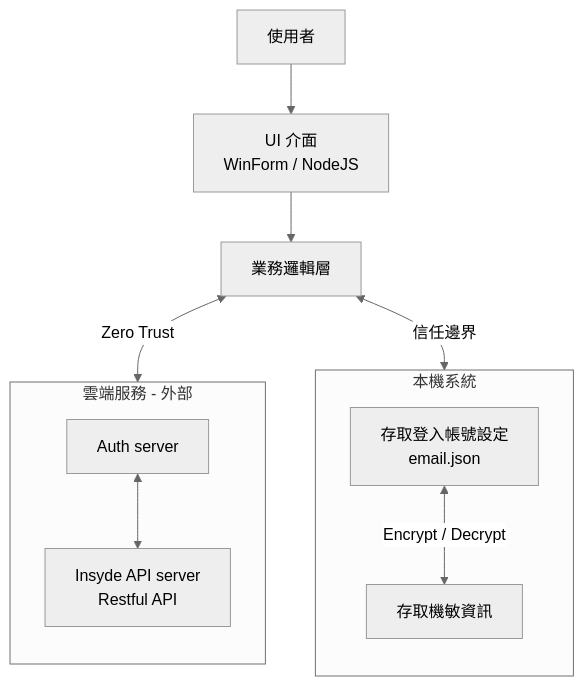
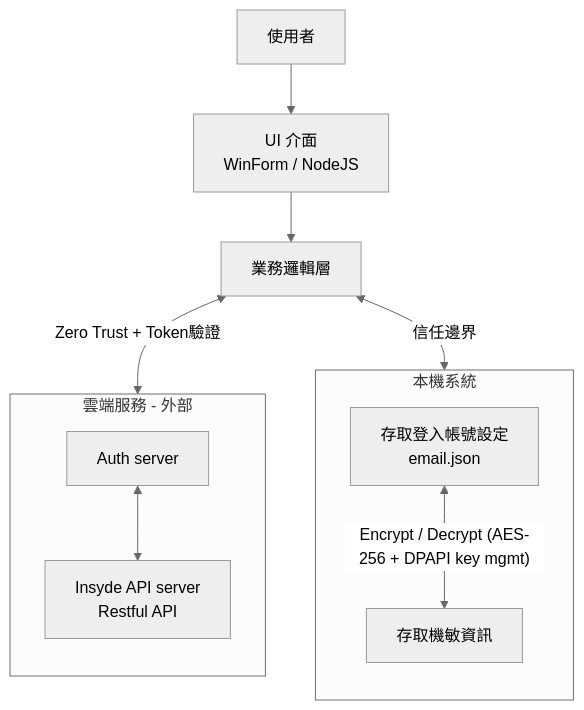
One commit to bollinmore/threat_model changed the diagram in page/Threat_Model.md. Above: the diagram before and after it, drawn with Mermaid (neutral theme). The commit also changed other lines of this file and 1 other file, not shown here.

````diff
--- a/page/Threat_Model.md
+++ b/page/Threat_Model.md
@@ -20,27 +22,27 @@
 ```mermaid
 graph TB
   User["使用者"]
   UI["UI 介面<br/>WinForm / NodeJS"]
   BL["業務邏輯層"]
 
   User --> UI
   UI --> BL
 
   subgraph LocalSystem [本機系統]
     direction TB
     LT["存取登入帳號設定<br/>email.json"]
     LS["存取機敏資訊"]
-    LT <--Encrypt / Decrypt--> LS
+    LT <--Encrypt / Decrypt (AES-256 + DPAPI key mgmt)--> LS
   end
 
   BL <--信任邊界--> LT
 
   subgraph CloudArea [雲端服務 - 外部]
     direction TB
     ZT["Auth server"]
     CloudSvc["Insyde API server<br/>Restful API"]
     ZT <--> CloudSvc
   end
 
-  BL <-- "Zero Trust" --> ZT
+  BL <-- "Zero Trust + Token驗證" --> ZT
 ```
````
